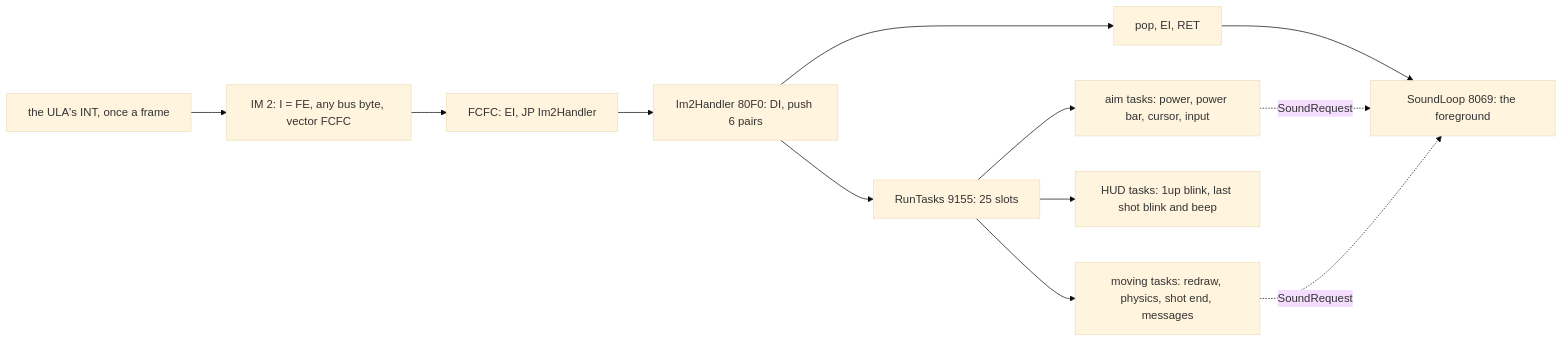
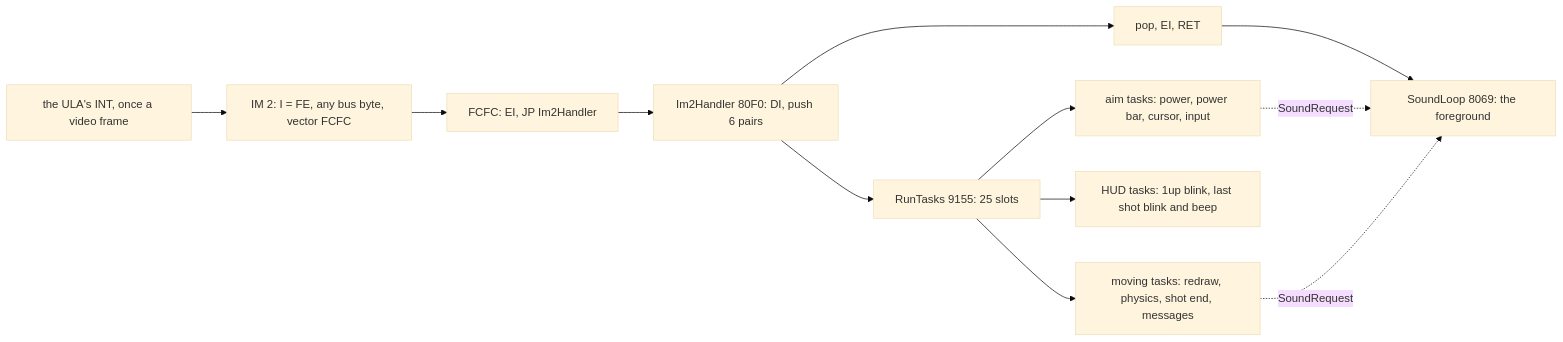
Before and after one commit to alfishe/unrealng-reverse-cases: the first of 4 diagrams in games/video-pool/docs/04-game-loop.md, drawn with Mermaid (base theme). The commit also changed other lines of this file and 51 other files, not shown here.

Commit message:
Video Pool: review round 1 - 106 findings checked and fixed (canonical shot cost, tally step, BEEPER DE+1, frame-start samples), game.ann descriptions, figures redrawn

````diff
--- a/games/video-pool/docs/04-game-loop.md
+++ b/games/video-pool/docs/04-game-loop.md
@@ -44,14 +41,14 @@
 ```mermaid
 flowchart LR
-    INT[the ULA's INT, once a frame] --> V[IM 2: I = FE, any bus byte, vector FCFC]
+    INT[the ULA's INT, once a video frame] --> V[IM 2: I = FE, any bus byte, vector FCFC]
     V --> J[FCFC: EI, JP Im2Handler]
     J --> H[Im2Handler 80F0: DI, push 6 pairs]
     H --> R[RunTasks 9155: 25 slots]
     R --> T1[aim tasks: power, power bar, cursor, input]
     R --> T2[moving tasks: redraw, physics, shot end, messages]
     R --> T3[HUD tasks: 1up blink, last shot blink and beep]
     H --> X[pop, EI, RET]
     X --> F[SoundLoop 8069: the foreground]
     T1 -. SoundRequest .-> F
     T2 -. SoundRequest .-> F
 ```
````
